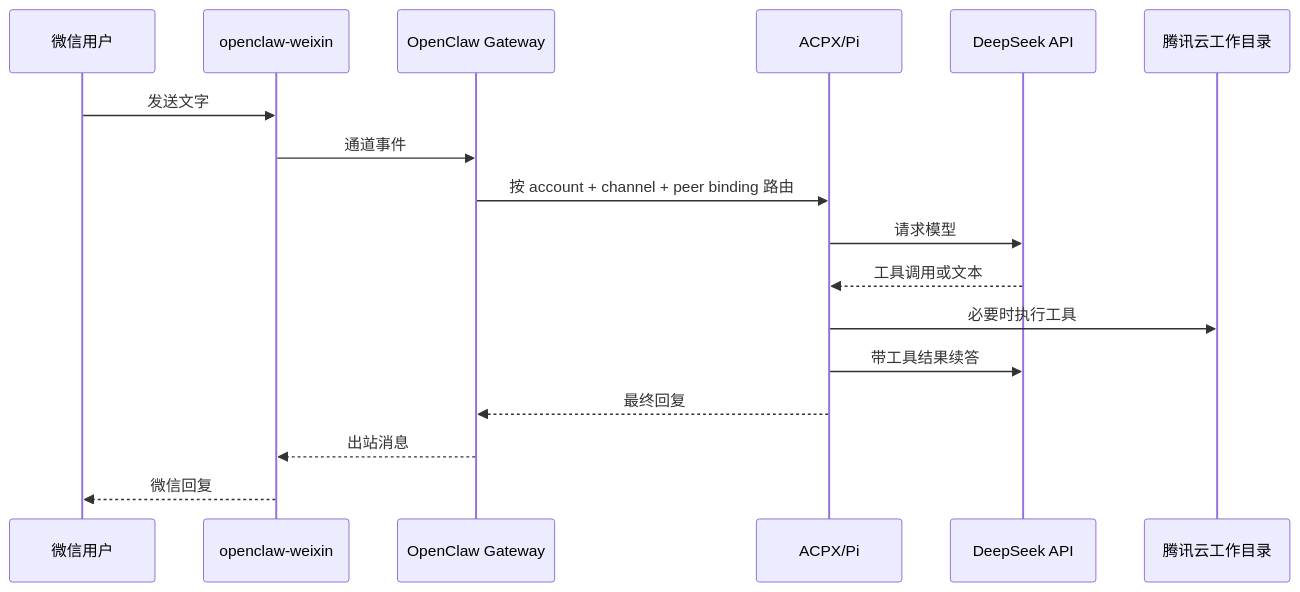
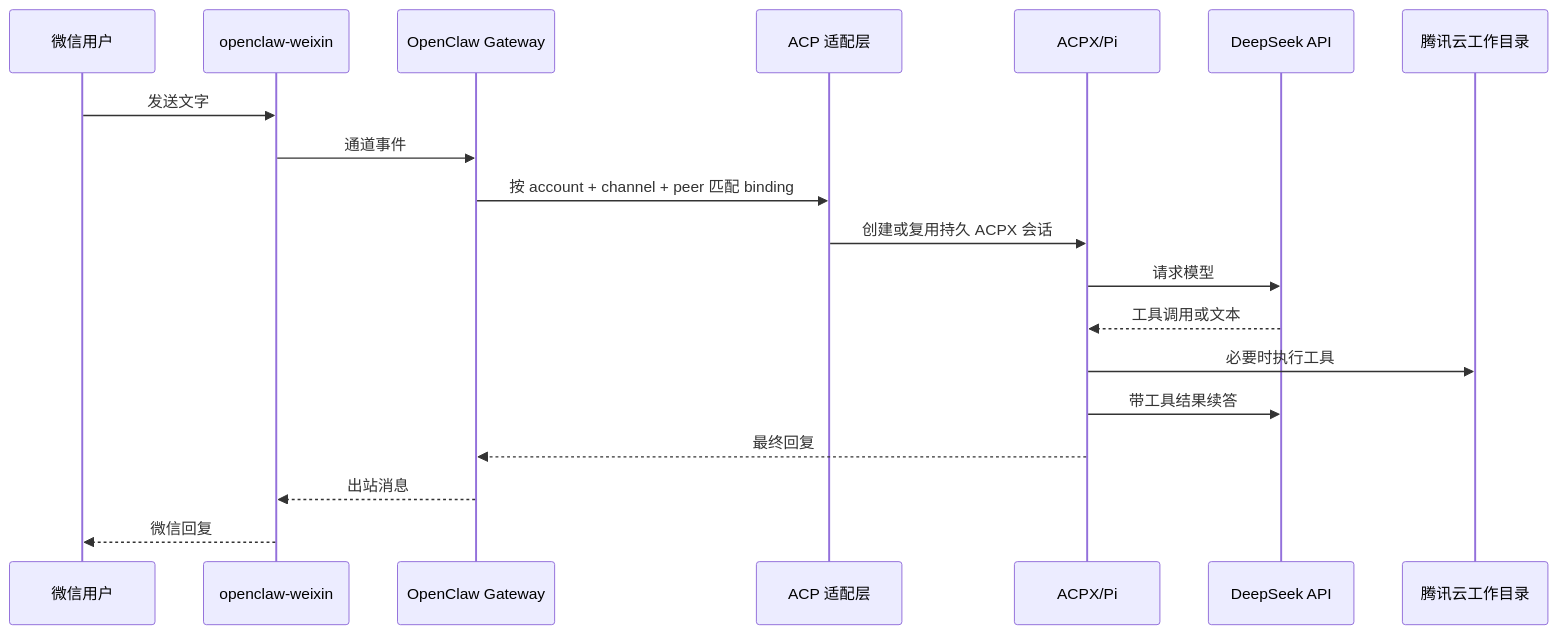
One commit to Young1108/pi-tencentyun-openclaw changed the second of 2 diagrams in docs/architecture.md. Above: the diagram before and after it, drawn with Mermaid. The commit also changed other lines of this file and 9 other files, not shown here.

````diff
--- a/docs/architecture.md
+++ b/docs/architecture.md
@@ -31,20 +43,22 @@
 ```mermaid
 sequenceDiagram
     participant U as 微信用户
     participant C as openclaw-weixin
     participant G as OpenClaw Gateway
+    participant B as ACP 适配层
     participant A as ACPX/Pi
     participant M as DeepSeek API
     participant F as 腾讯云工作目录
 
     U->>C: 发送文字
     C->>G: 通道事件
-    G->>A: 按 account + channel + peer binding 路由
+    G->>B: 按 account + channel + peer 匹配 binding
+    B->>A: 创建或复用持久 ACPX 会话
     A->>M: 请求模型
     M-->>A: 工具调用或文本
     A->>F: 必要时执行工具
     A->>M: 带工具结果续答
     A-->>G: 最终回复
     G-->>C: 出站消息
     C-->>U: 微信回复
 ```
````
